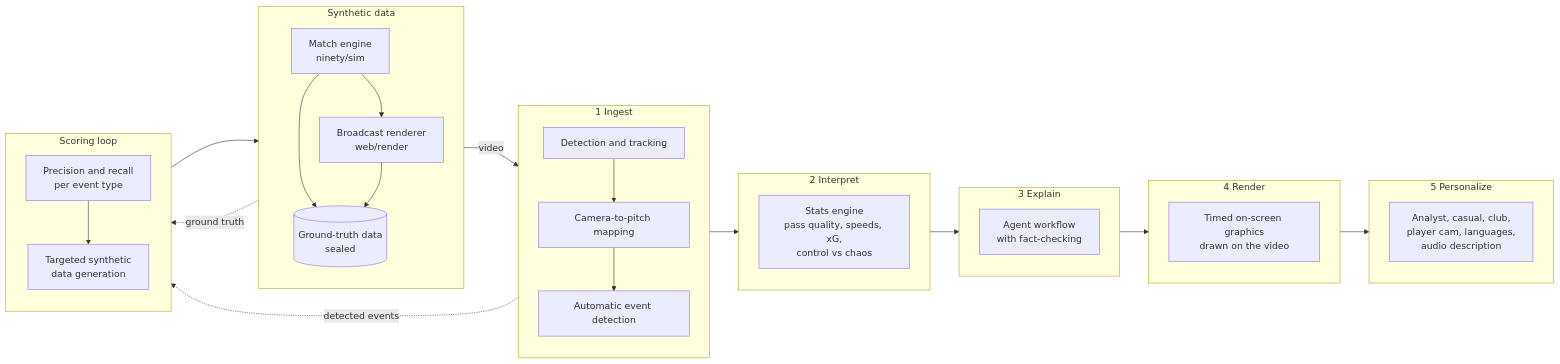
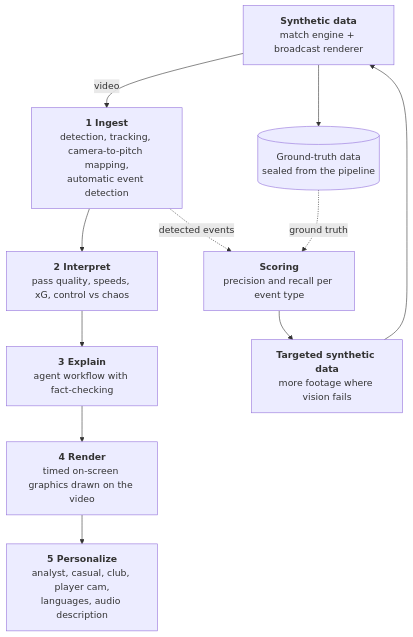
The first of 4 diagrams in docs/ARCHITECTURE.md (KLKH7/the-ninety-labs), drawn with Mermaid before and after one commit. The commit also changed other lines of this file, not shown here.

Commit message:
Architecture diagrams: simpler layouts that read at page width

````diff
--- a/docs/ARCHITECTURE.md
+++ b/docs/ARCHITECTURE.md
@@ -34,53 +34,18 @@
 ```mermaid
-flowchart LR
-    subgraph DATA["Synthetic data"]
-        direction TB
-        SIM["Match engine<br/>ninety/sim"]
-        RENDER["Broadcast renderer<br/>web/render"]
-        TRUTH[("Ground-truth data<br/>sealed")]
-        SIM --> RENDER
-        SIM --> TRUTH
-        RENDER --> TRUTH
-    end
+flowchart TB
+    SIM["<b>Synthetic data</b><br/>match engine + broadcast renderer"]
+    TRUTH[("Ground-truth data<br/>sealed from the pipeline")]
+    INGEST["<b>1 Ingest</b><br/>detection, tracking, camera-to-pitch mapping,<br/>automatic event detection"]
+    INTERPRET["<b>2 Interpret</b><br/>pass quality, speeds, xG, control vs chaos"]
+    EXPLAIN["<b>3 Explain</b><br/>agent workflow with fact-checking"]
+    RENDERSTAGE["<b>4 Render</b><br/>timed on-screen graphics drawn on the video"]
+    PERSONALIZE["<b>5 Personalize</b><br/>analyst, casual, club, player cam,<br/>languages, audio description"]
+    SCORE["<b>Scoring</b><br/>precision and recall per event type"]
+    GEN["<b>Targeted synthetic data</b><br/>more footage where vision fails"]
 
-    subgraph INGEST["1 Ingest"]
-        direction TB
-        DET["Detection and tracking"]
-        MAP["Camera-to-pitch mapping"]
-        EVT["Automatic event detection"]
-        DET --> MAP --> EVT
-    end
-
-    subgraph INTERPRET["2 Interpret"]
-        direction TB
-        STATS["Stats engine<br/>pass quality, speeds, xG,<br/>control vs chaos"]
-    end
-
-    subgraph EXPLAIN["3 Explain"]
-        direction TB
-        AGENTS["Agent workflow<br/>with fact-checking"]
-    end
-
-    subgraph RENDERSTAGE["4 Render"]
-        direction TB
-        CUES["Timed on-screen graphics<br/>drawn on the video"]
-    end
-
-    subgraph PERSONALIZE["5 Personalize"]
-        direction TB
-        VIEW["Analyst, casual, club,<br/>player cam, languages,<br/>audio description"]
-    end
-
-    RENDER -- video --> DET
-    EVT --> STATS --> AGENTS --> CUES --> VIEW
-
-    subgraph SCORE["Scoring loop"]
-        direction TB
-        EVAL["Precision and recall<br/>per event type"]
-        GEN["Targeted synthetic<br/>data generation"]
-    end
-
-    EVT -. detected events .-> EVAL
-    TRUTH -. ground truth .-> EVAL
-    EVAL --> GEN --> SIM
+    SIM -- video --> INGEST --> INTERPRET --> EXPLAIN --> RENDERSTAGE --> PERSONALIZE
+    SIM --> TRUTH
+    INGEST -. detected events .-> SCORE
+    TRUTH -. ground truth .-> SCORE
+    SCORE --> GEN --> SIM
 ```
````
